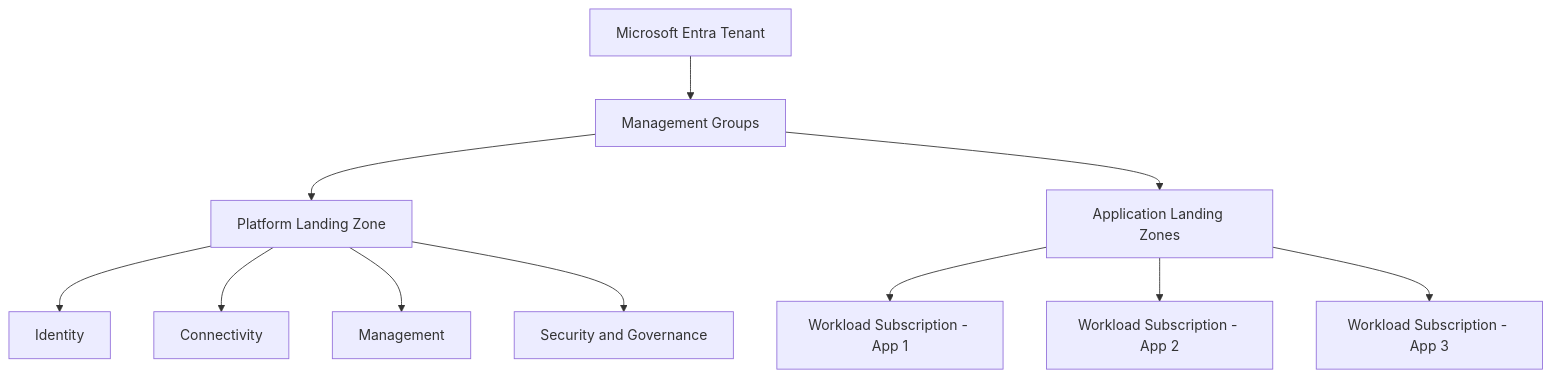
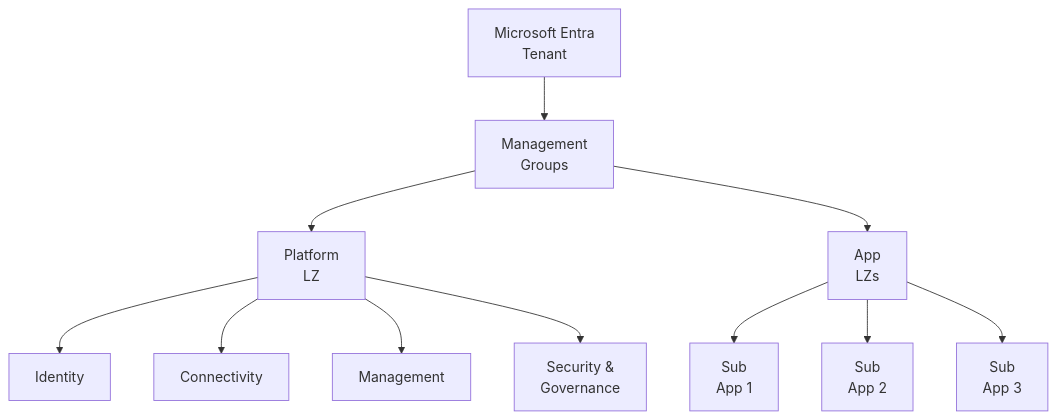
The diagram in content/posts/Episode 1.md (BradWillz/my-blog), drawn with Mermaid before and after one commit. The commit also changed other lines of this file and 34 other files, not shown here.

Commit message:
commit 1: Add Mermaid shortcode and update Episode 1 post

```diff
--- a/content/posts/Episode 1.md
+++ b/content/posts/Episode 1.md
@@ -270,16 +272,16 @@
 {{< mermaid >}}
 flowchart TD
-    A[Microsoft Entra Tenant] --> B[Management Groups]
+  A[Microsoft Entra<br/>Tenant] --> B[Management<br/>Groups]
 
-    B --> C[Platform Landing Zone]
-    B --> D[Application Landing Zones]
+  B --> C[Platform<br/>LZ]
+  B --> D[App<br/>LZs]
 
     C --> C1[Identity]
     C --> C2[Connectivity]
     C --> C3[Management]
-    C --> C4[Security and Governance]
+  C --> C4[Security &<br/>Governance]
 
-    D --> D1[Workload Subscription - App 1]
-    D --> D2[Workload Subscription - App 2]
-    D --> D3[Workload Subscription - App 3]
+  D --> D1[Sub<br/>App 1]
+  D --> D2[Sub<br/>App 2]
+  D --> D3[Sub<br/>App 3]
 {{< /mermaid >}}
```
